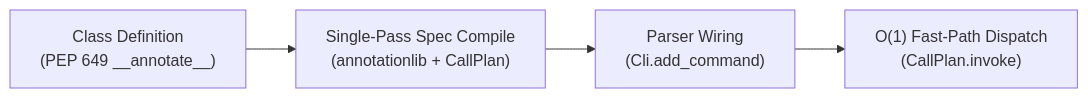
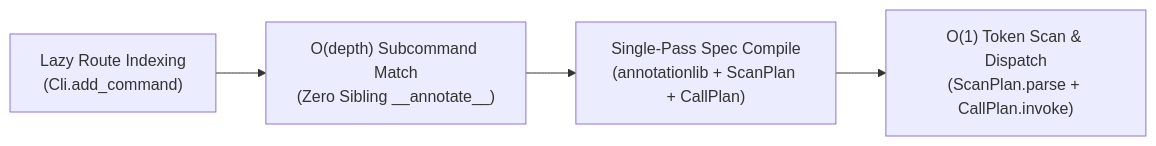
One commit to tomdstanton/clio changed the first of 2 diagrams in docs/benchmarks.md. Above: the diagram before and after it, drawn with Mermaid. The commit also changed other lines of this file and 18 other files, not shown here.

````diff
--- a/docs/benchmarks.md
+++ b/docs/benchmarks.md
@@ -16,6 +17,6 @@
 ```mermaid
 flowchart LR
-    A["Class Definition\n(PEP 649 __annotate__)"] --> B["Single-Pass Spec Compile\n(annotationlib + CallPlan)"]
-    B --> C["Parser Wiring\n(Cli.add_command)"]
-    C --> D["O(1) Fast-Path Dispatch\n(CallPlan.invoke)"]
+    A["Lazy Route Indexing\n(Cli.add_command)"] --> B["O(depth) Subcommand Match\n(Zero Sibling __annotate__)"]
+    B --> C["Single-Pass Spec Compile\n(annotationlib + ScanPlan + CallPlan)"]
+    C --> D["O(1) Token Scan & Dispatch\n(ScanPlan.parse + CallPlan.invoke)"]
 ```
````
